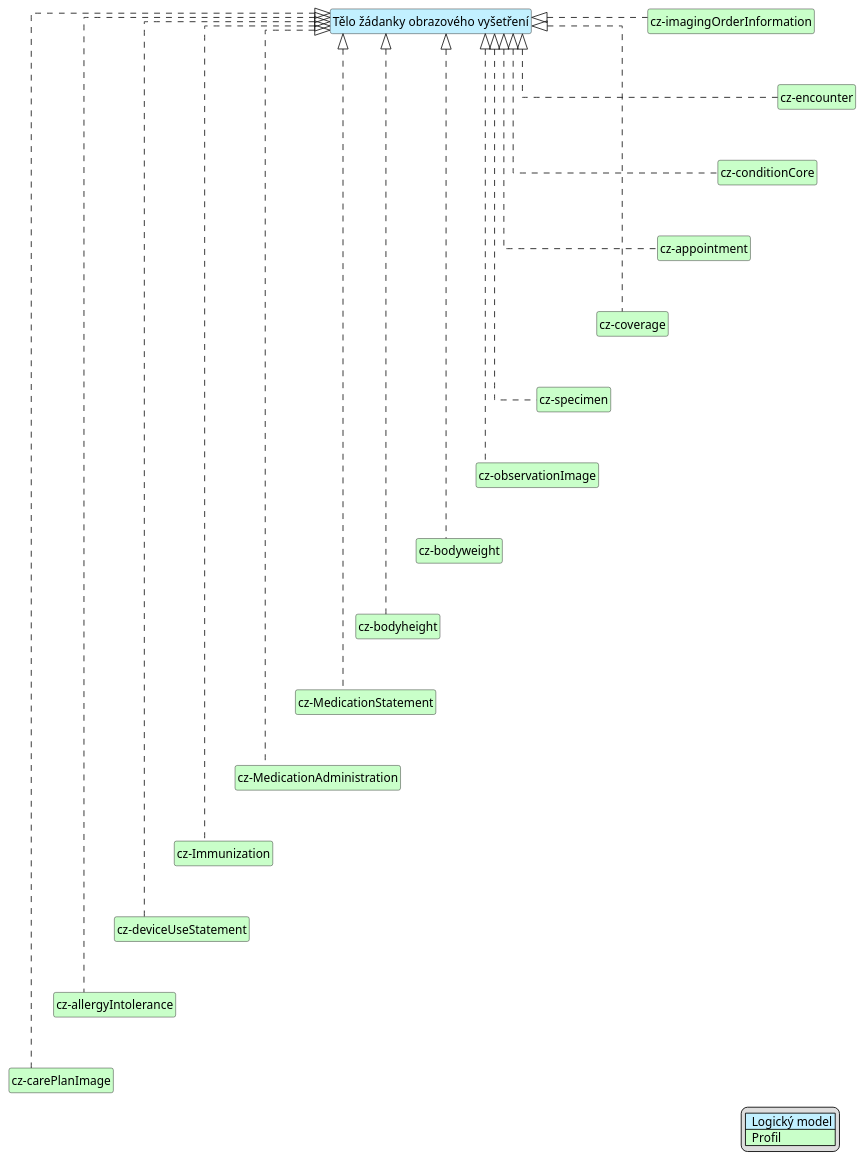
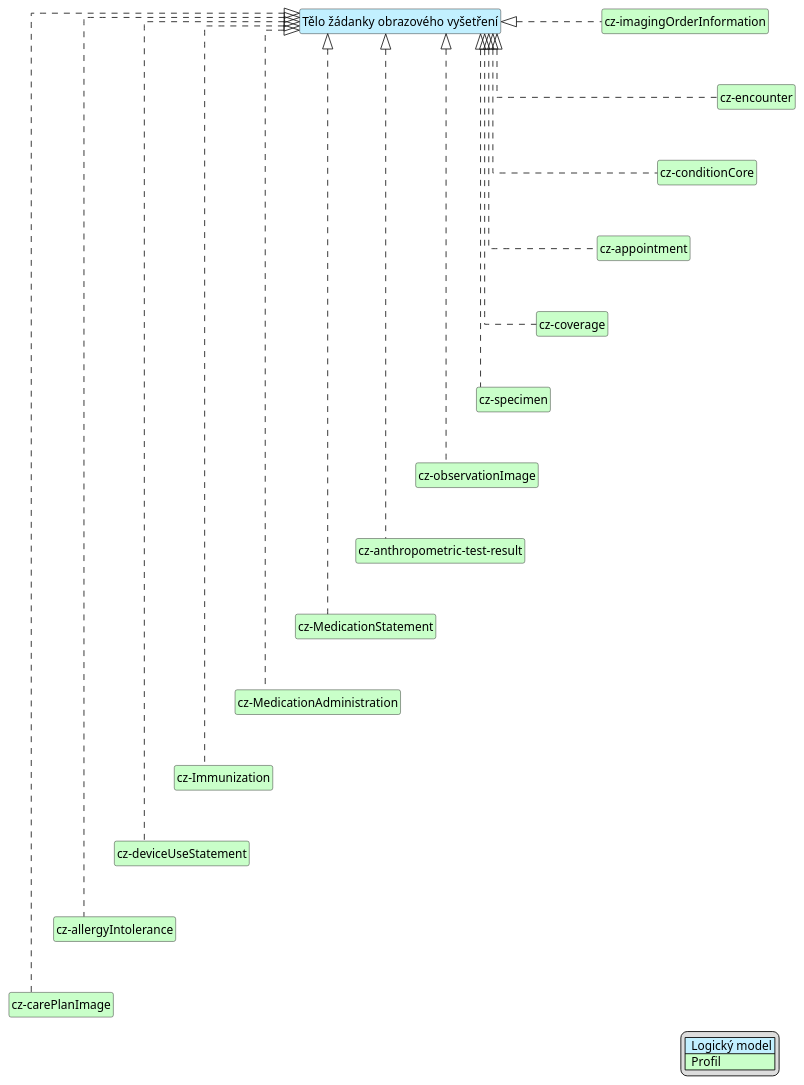
The diagram in input/images-source/imgOrderBody-map-cs.plantuml (HL7-cz/img-order), drawn with PlantUML before and after one commit. The commit also changed 4 other files, not shown here.

```diff
--- a/input/images-source/imgOrderBody-map-cs.plantuml
+++ b/input/images-source/imgOrderBody-map-cs.plantuml
@@ -1,64 +1,61 @@
 @startuml
 hide circle
 hide stereotype
 hide members
 hide methods
 skinparam linetype ortho
 skinparam class {
 BackgroundColor<<LogicalModel>> #APPLICATION
 BackgroundColor<<Profile>> #TECHNOLOGY
 }
 legend right
 | <#APPLICATION>  Logický model |
 | <#TECHNOLOGY>  Profil |
 endlegend
 class "Tělo žádanky obrazového vyšetření" <<LogicalModel>> [[StructureDefinition-BodyImageOrderCz.html]]
 
 class "cz-imagingOrderInformation" <<Profile>> [[StructureDefinition-cz-imagingOrderInformation.html]]
 class "cz-conditionCore" <<Profile>> [[https://hl7.cz/fhir/core/StructureDefinition-condition-cz-core.html]]
 class "cz-encounter" <<Profile>> [[https://hl7.cz/fhir/core/StructureDefinition-cz-encounter.html]]
 class "cz-coverage" <<Profile>> [[https://hl7.cz/fhir/core/StructureDefinition-cz-coverage.html]]
 class "cz-appointment" <<Profile>> [[https://hl7.cz/fhir/core/StructureDefinition-appointment-cz-core.html]]
 class "cz-specimen" <<Profile>> [[https://hl7.cz/fhir/core/StructureDefinition-cz-specimen.html]]
 class "cz-observationImage" <<Profile>> [[StructureDefinition-cz-observationImage.html]]
-class "cz-bodyweight" <<Profile>> [[StructureDefinition-cz-bodyweight.html]]
-class "cz-bodyheight" <<Profile>> [[StructureDefinition-cz-bodyheight.html]]
+class "cz-anthropometric-test-result" <<Profile>> [[StructureDefinition-cz-anthropometric-test-result.html]]
 class "cz-MedicationStatement" <<Profile>> [[https://hl7.cz/fhir/core/StructureDefinition-medicationStatement-cz-core.html]]
 class "cz-MedicationAdministration" <<Profile>> [[https://hl7.cz/fhir/core/StructureDefinition-MedicationAdministration-cz-core.html]]
 class "cz-Immunization" <<Profile>> [[https://hl7.cz/fhir/core/StructureDefinition-immunization-cz-core.html]]
 class "cz-deviceUseStatement" <<Profile>> [[StructureDefinition-cz-deviceUseStatement.html]]
 class "cz-allergyIntolerance" <<Profile>> [[https://hl7.cz/fhir/core/StructureDefinition-allergyIntolerance-cz-core.html]]
 class "cz-carePlanImage" <<Profile>> [[https://hl7.cz/fhir/core/StructureDefinition-carePlan-cz-core.html]]
 
 "Tělo žádanky obrazového vyšetření" <|. "cz-imagingOrderInformation"
 "Tělo žádanky obrazového vyšetření" <|. "cz-appointment"
 "Tělo žádanky obrazového vyšetření" <|. "cz-coverage"
 "Tělo žádanky obrazového vyšetření" <|. "cz-conditionCore"
 "Tělo žádanky obrazového vyšetření" <|. "cz-encounter"
 "Tělo žádanky obrazového vyšetření" <|. "cz-specimen"
 "Tělo žádanky obrazového vyšetření" <|. "cz-observationImage"
-"Tělo žádanky obrazového vyšetření" <|. "cz-bodyweight"
-"Tělo žádanky obrazového vyšetření" <|. "cz-bodyheight"
+"Tělo žádanky obrazového vyšetření" <|. "cz-anthropometric-test-result"
 "Tělo žádanky obrazového vyšetření" <|. "cz-MedicationStatement"
 "Tělo žádanky obrazového vyšetření" <|. "cz-MedicationAdministration"
 "Tělo žádanky obrazového vyšetření" <|. "cz-Immunization"
 "Tělo žádanky obrazového vyšetření" <|. "cz-deviceUseStatement"
 "Tělo žádanky obrazového vyšetření" <|. "cz-allergyIntolerance"
 "Tělo žádanky obrazového vyšetření" <|. "cz-carePlanImage"
 
 "cz-imagingOrderInformation" -d[hidden]-> "cz-encounter"
 "cz-encounter" -d[hidden]-> "cz-conditionCore"
 "cz-conditionCore" -d[hidden]-> "cz-appointment"
 "cz-appointment" -d[hidden]-> "cz-coverage"
 "cz-coverage" -d[hidden]-> "cz-specimen"
 "cz-specimen" -d[hidden]-> "cz-observationImage"
-"cz-observationImage" -d[hidden]-> "cz-bodyweight"
-"cz-bodyweight" -d[hidden]-> "cz-bodyheight"
-"cz-bodyheight" -d[hidden]-> "cz-MedicationStatement"
+"cz-observationImage" -d[hidden]-> "cz-anthropometric-test-result"
+"cz-anthropometric-test-result" -d[hidden]-> "cz-MedicationStatement"
 "cz-MedicationStatement" -d[hidden]-> "cz-MedicationAdministration"
 "cz-MedicationAdministration" -d[hidden]-> "cz-Immunization"
 "cz-Immunization" -d[hidden]-> "cz-deviceUseStatement"
 "cz-deviceUseStatement" -d[hidden]-> "cz-allergyIntolerance"
 "cz-allergyIntolerance" -d[hidden]-> "cz-carePlanImage"
 
 @enduml
```
